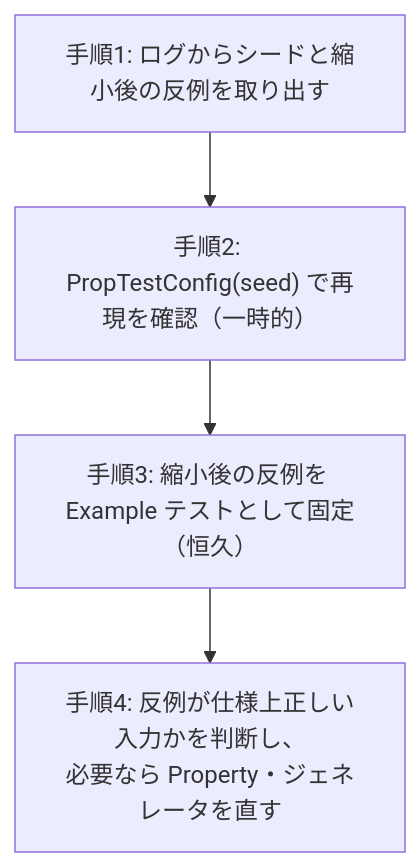
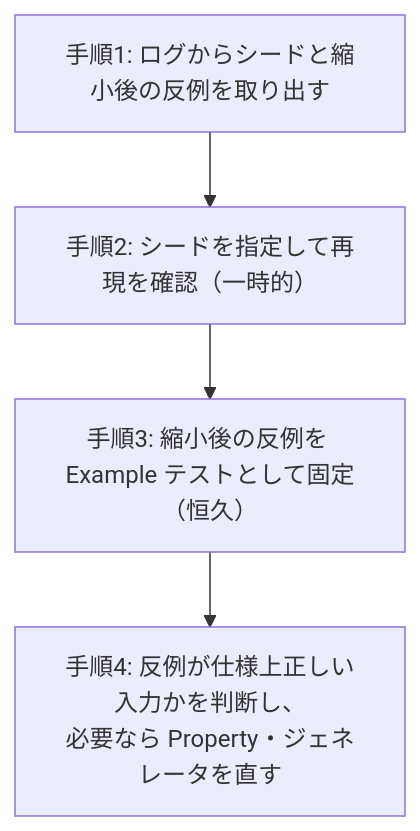
Before and after one commit to toshio-shiratori/harness-test-strategy: the diagram in docs/testing/02a-types-and-pbt.md, drawn with Mermaid. The commit also changed other lines of this file and 7 other files, not shown here.

````diff
--- a/docs/testing/02a-types-and-pbt.md
+++ b/docs/testing/02a-types-and-pbt.md
@@ -489,6 +162,6 @@
 ```mermaid
 flowchart TD
-    A["手順1: ログからシードと縮小後の反例を取り出す"] --> B["手順2: PropTestConfig(seed) で再現を確認（一時的）"]
+    A["手順1: ログからシードと縮小後の反例を取り出す"] --> B["手順2: シードを指定して再現を確認（一時的）"]
     B --> C["手順3: 縮小後の反例を Example テストとして固定（恒久）"]
     C --> D["手順4: 反例が仕様上正しい入力かを判断し、<br/>必要なら Property・ジェネレータを直す"]
 ```
````
